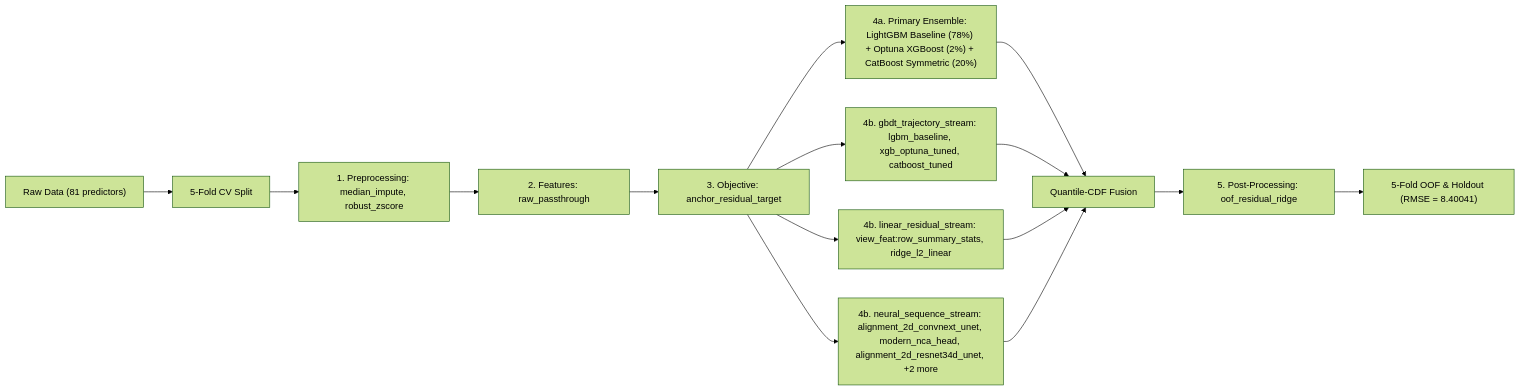
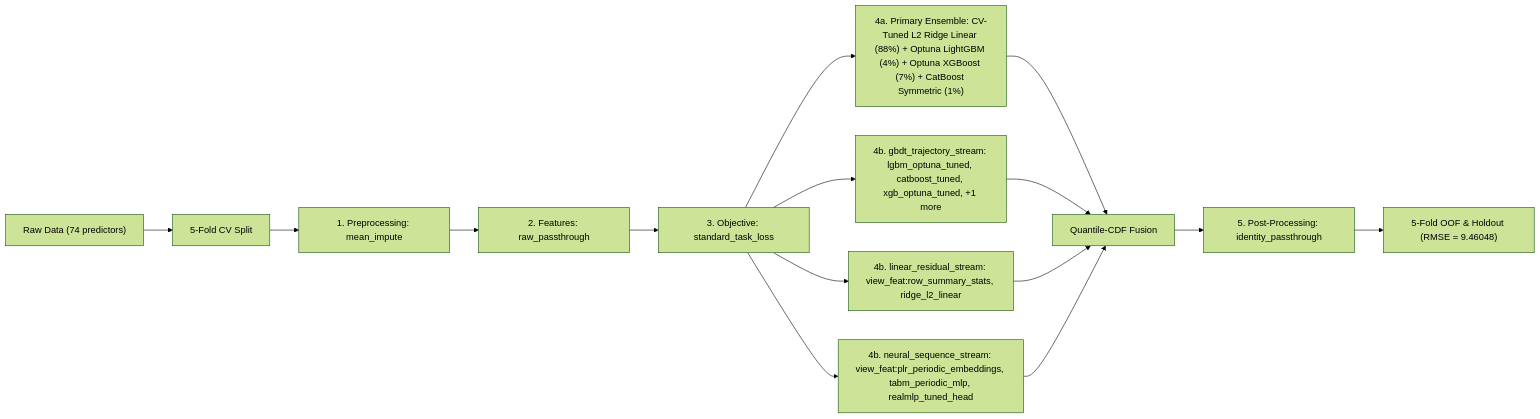
Before and after one commit to stefanoclss/ROGII-Wellbore-Geology-Prediction: the diagram in README.md, drawn with Mermaid (forest theme). The commit also changed other lines of this file, not shown here.

First line of the commit message:
docs(readme): refresh verified OOF benchmark & build ledger (RMSE=9.46048)

````diff
--- a/README.md
+++ b/README.md
@@ -79,17 +72,17 @@
 ```mermaid
 flowchart LR
-    DATA["Raw Data (81 predictors)"] --> SPLIT["5-Fold CV Split"]
-    SPLIT --> PRE["1. Preprocessing: median_impute, robust_zscore"]
+    DATA["Raw Data (74 predictors)"] --> SPLIT["5-Fold CV Split"]
+    SPLIT --> PRE["1. Preprocessing: mean_impute"]
     PRE --> FEAT["2. Features: raw_passthrough"]
-    FEAT --> OBJ["3. Objective: anchor_residual_target"]
-    OBJ --> M0["4a. Primary Ensemble: LightGBM Baseline (78%) + Optuna XGBoost (2%) + CatBoost Symmetric (20%)"]
+    FEAT --> OBJ["3. Objective: standard_task_loss"]
+    OBJ --> M0["4a. Primary Ensemble: CV-Tuned L2 Ridge Linear (88%) + Optuna LightGBM (4%) + Optuna XGBoost (7%) + CatBoost Symmetric (1%)"]
     M0 --> FUSE["Quantile-CDF Fusion"]
-    OBJ --> S1["4b. gbdt_trajectory_stream: lgbm_baseline, xgb_optuna_tuned, catboost_tuned"]
+    OBJ --> S1["4b. gbdt_trajectory_stream: lgbm_optuna_tuned, catboost_tuned, xgb_optuna_tuned, +1 more"]
     S1 --> FUSE
     OBJ --> S2["4b. linear_residual_stream: view_feat:row_summary_stats, ridge_l2_linear"]
     S2 --> FUSE
-    OBJ --> S3["4b. neural_sequence_stream: alignment_2d_convnext_unet, modern_nca_head, alignment_2d_resnet34d_unet, +2 more"]
+    OBJ --> S3["4b. neural_sequence_stream: view_feat:plr_periodic_embeddings, tabm_periodic_mlp, realmlp_tuned_head"]
     S3 --> FUSE
-    FUSE --> POST["5. Post-Processing: oof_residual_ridge"]
-    POST --> OUT["5-Fold OOF & Holdout (RMSE = 8.40041)"]
+    FUSE --> POST["5. Post-Processing: identity_passthrough"]
+    POST --> OUT["5-Fold OOF & Holdout (RMSE = 9.46048)"]
 ```
````
